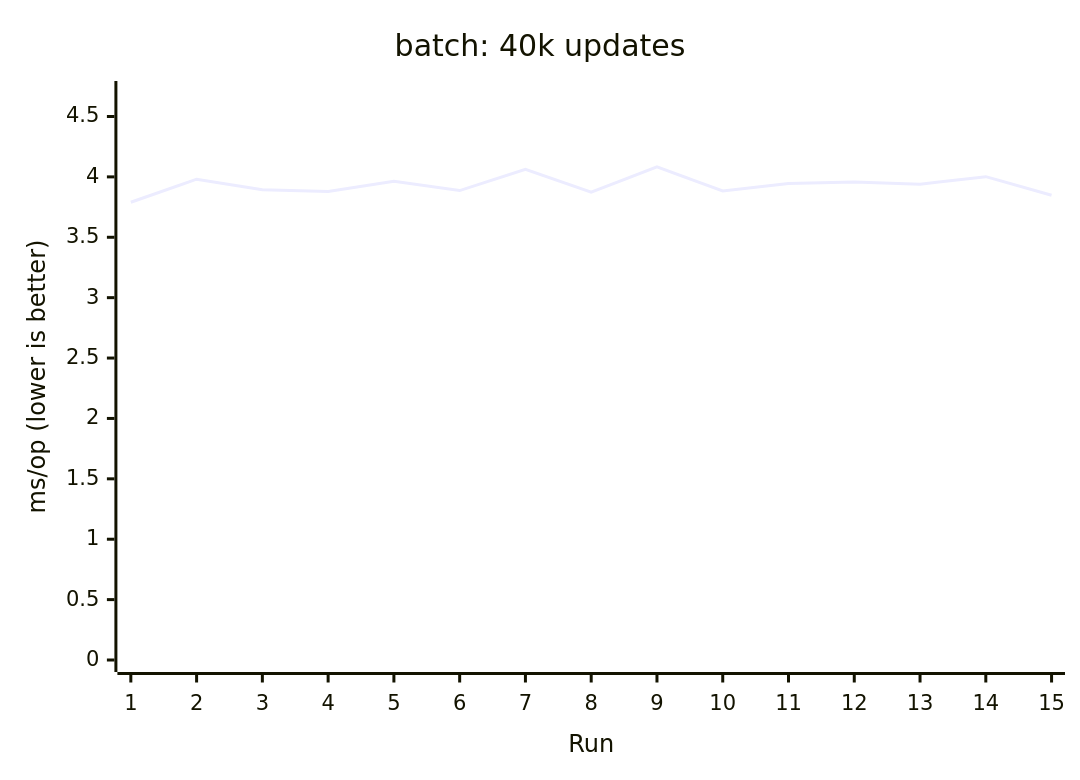
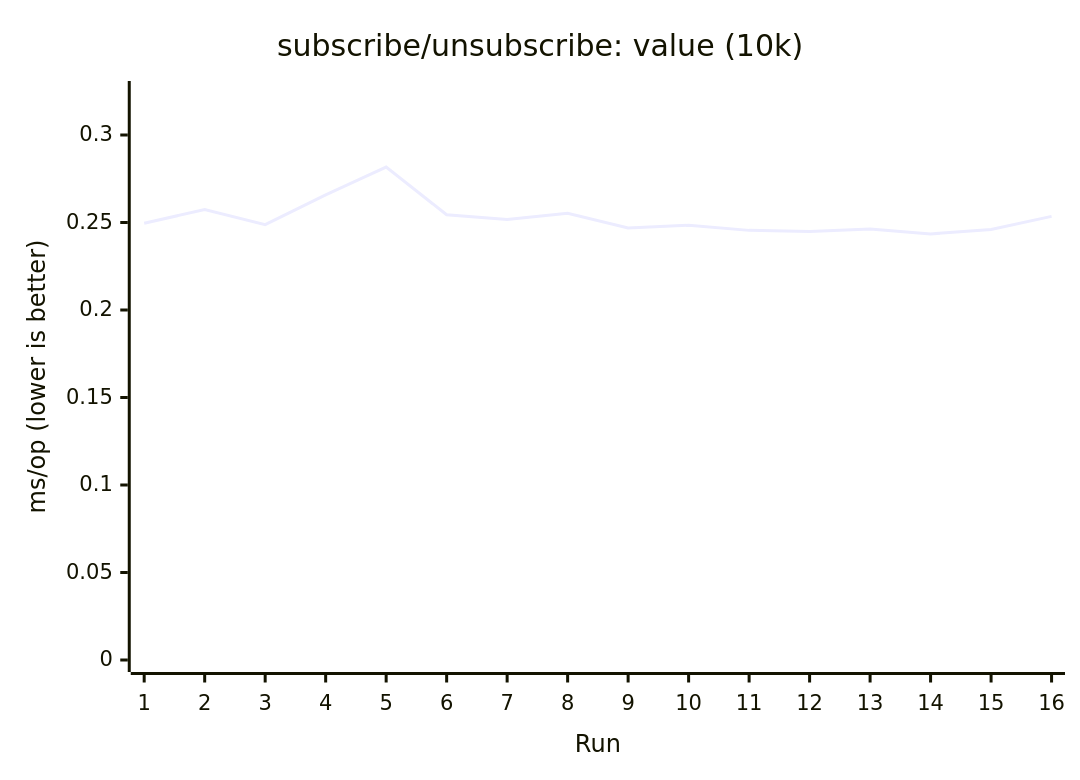
Diagram 17 of 17 in apps/docs/src/content/docs/en/guides/benchmark.mdx (AIluffy/io), drawn with Mermaid before and after one commit. The commit also changed other lines of this file and 25 other files, not shown here.

````diff
--- a/apps/docs/src/content/docs/en/guides/benchmark.mdx
+++ b/apps/docs/src/content/docs/en/guides/benchmark.mdx
@@ -419,7 +418,7 @@
 ```mermaid
 xychart-beta
-  title "batch: 40k updates"
-  x-axis "Run" [1, 2, 3, 4, 5, 6, 7, 8, 9, 10, 11, 12, 13, 14, 15]
-  y-axis "ms/op (lower is better)" 0 --> 4.6945
-  line [3.7899, 3.981, 3.8937, 3.8797, 3.9636, 3.8868, 4.0624, 3.8737, 4.0822, 3.883, 3.9448, 3.958, 3.9387, 4.0018, 3.8479]
+  title "subscribe/unsubscribe: value (10k)"
+  x-axis "Run" [1, 2, 3, 4, 5, 6, 7, 8, 9, 10, 11, 12, 13, 14, 15, 16]
+  y-axis "ms/op (lower is better)" 0 --> 0.324
+  line [0.2496, 0.2574, 0.2488, 0.2658, 0.2817, 0.2544, 0.2517, 0.2553, 0.2469, 0.2484, 0.2455, 0.2448, 0.2463, 0.2435, 0.246, 0.2535]
 ```
````
